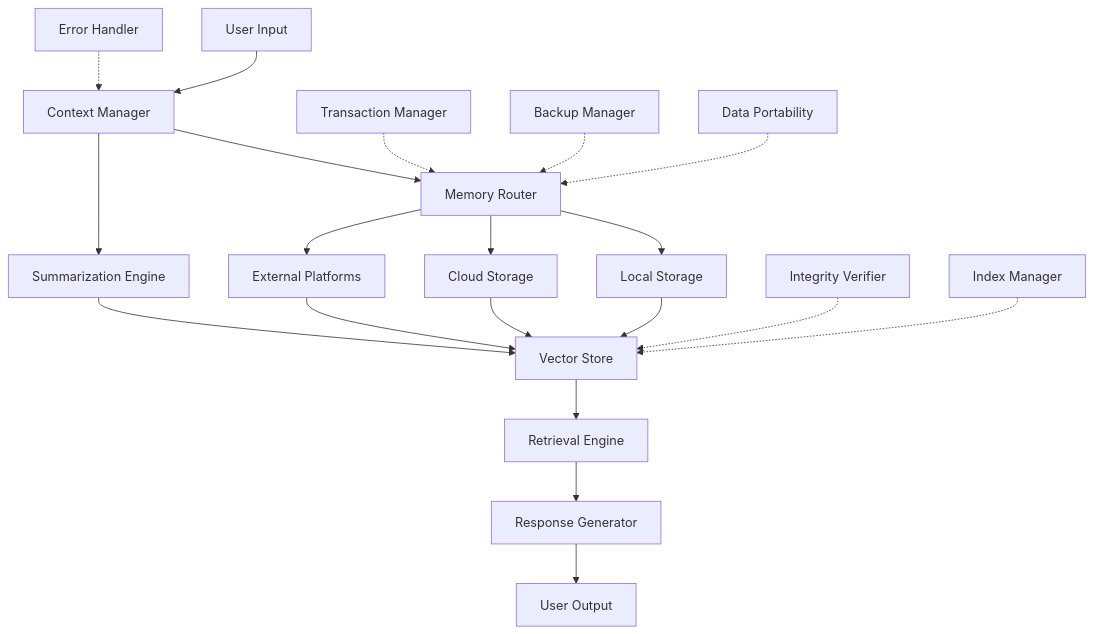
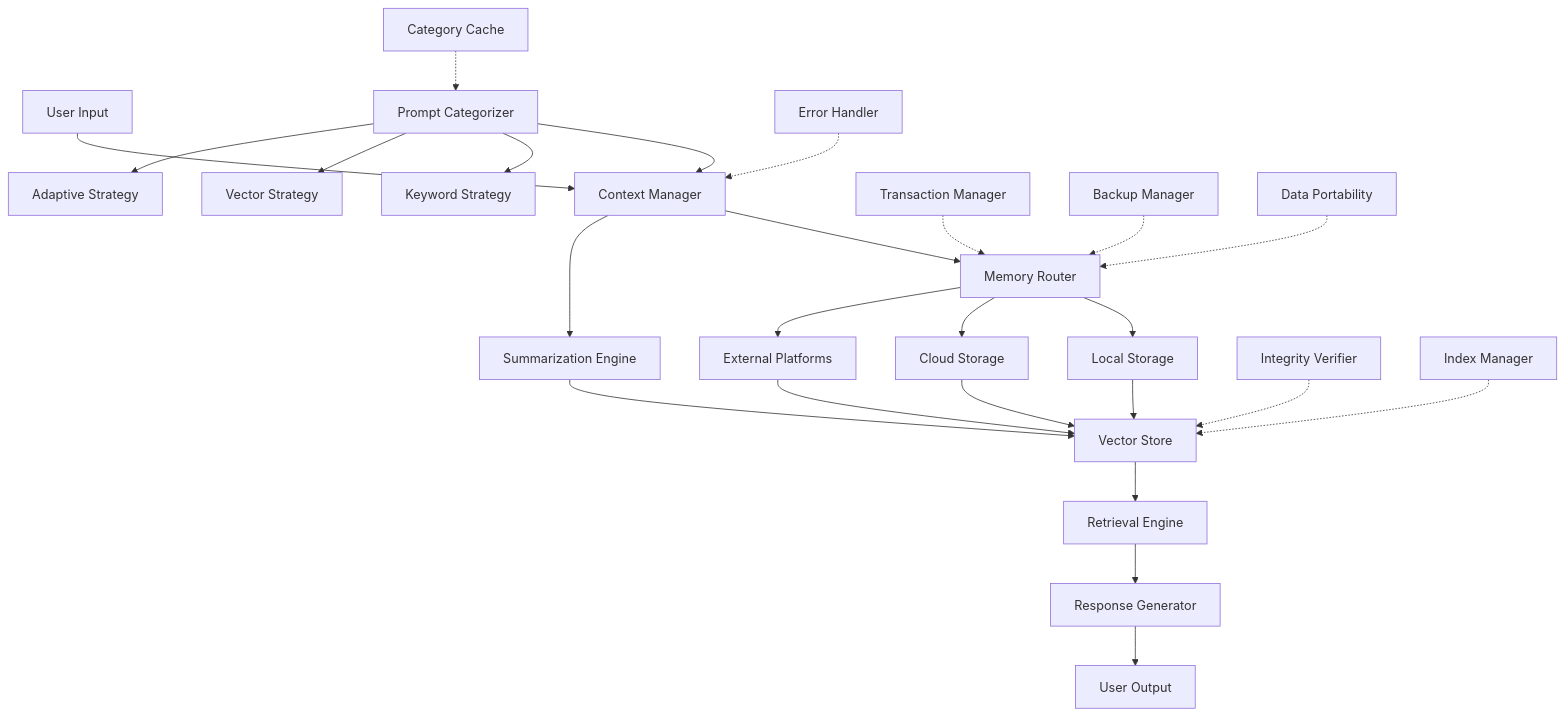
Before and after one commit to OtotaO/AInfiniteContext: the diagram in InfiniteContext/README.md, drawn with Mermaid. The commit also changed other lines of this file and 4 other files, not shown here.

Commit message:
Add prompt categorization system and macOS setup guide

````diff
--- a/InfiniteContext/README.md
+++ b/InfiniteContext/README.md
@@ -78,24 +79,31 @@
 ```mermaid
 graph TD
     A[User Input] --> B[Context Manager]
     B --> C[Memory Router]
     C --> D[Local Storage]
     C --> E[Cloud Storage]
     C --> F[External Platforms]
     D --> G[Vector Store]
     E --> G
     F --> G
     G --> H[Retrieval Engine]
     H --> I[Response Generator]
     I --> J[User Output]
     K[Summarization Engine] --> G
     B --> K
     
-    %% New utilities
+    %% Categorization system
+    R[Prompt Categorizer] --> B
+    R --> S[Keyword Strategy]
+    R --> T[Vector Strategy]
+    R --> U[Adaptive Strategy]
+    V[Category Cache] -.-> R
+    
+    %% Other utilities
     L[Error Handler] -.-> B
     M[Transaction Manager] -.-> C
     N[Integrity Verifier] -.-> G
     O[Backup Manager] -.-> C
     P[Data Portability] -.-> C
     Q[Index Manager] -.-> G
 ```
````
